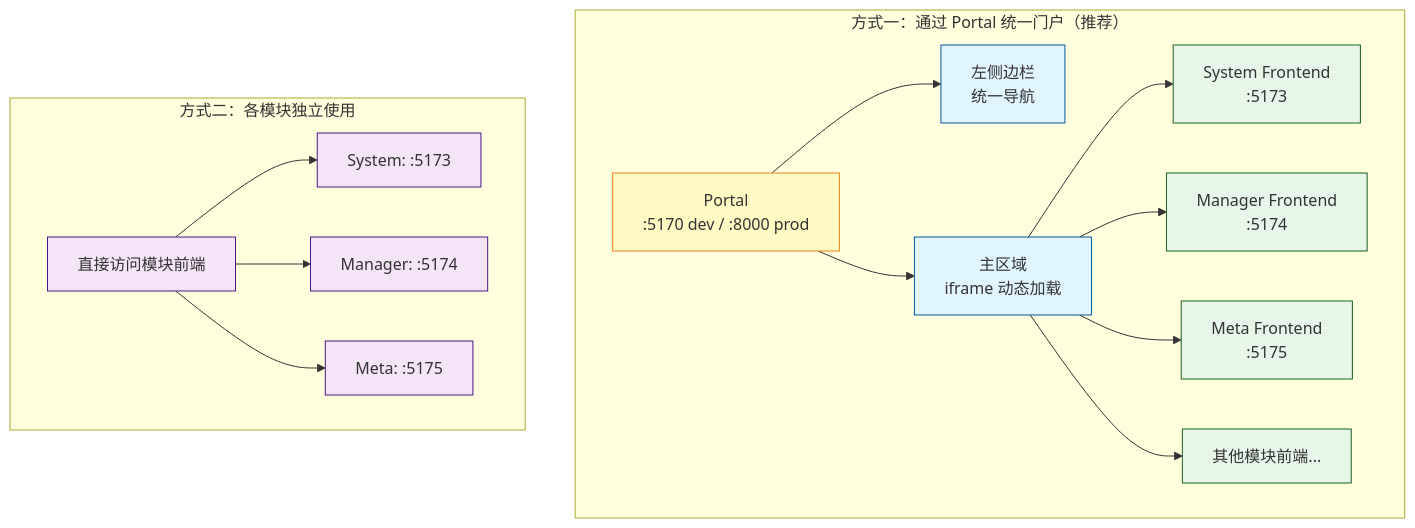
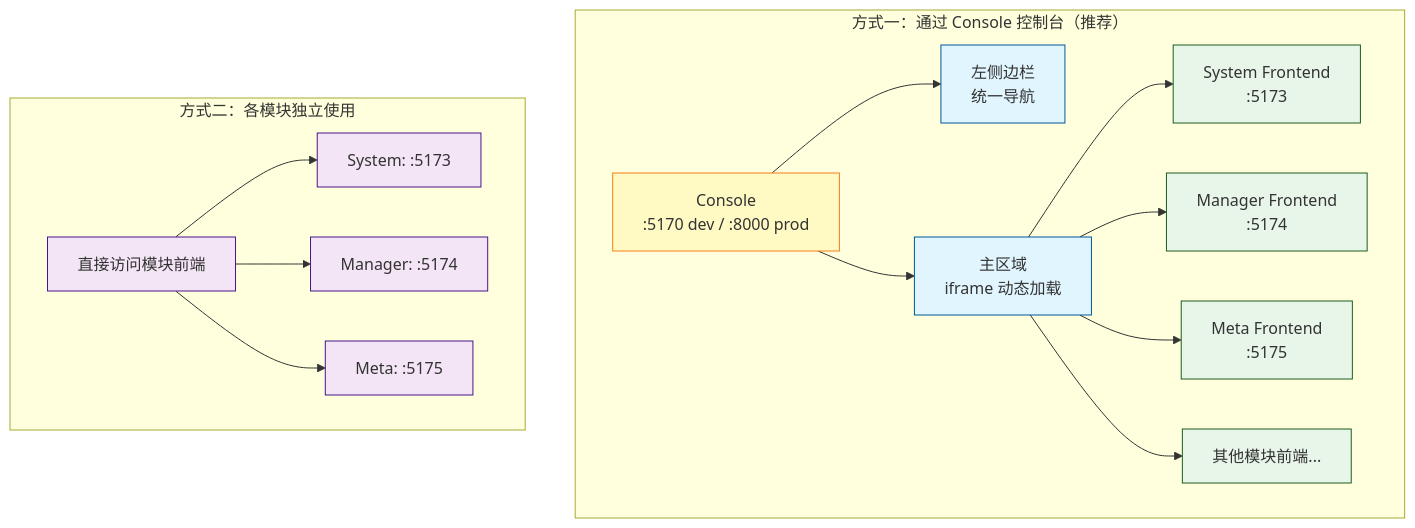
Before and after one commit to pampa0629/addp: the eighth of 12 diagrams in docs/addp模块架构图.md, drawn with Mermaid. The commit also changed other lines of this file and 253 other files, not shown here.

````diff
--- a/docs/addp模块架构图.md
+++ b/docs/addp模块架构图.md
@@ -551,32 +551,32 @@
 ```mermaid
 graph TB
-    subgraph "方式一：通过 Portal 统一门户（推荐）"
-        Portal[Portal<br/>:5170 dev / :8000 prod]
+    subgraph "方式一：通过 Console 控制台（推荐）"
+        Console[Console<br/>:5170 dev / :8000 prod]
 
-        Portal --> Sidebar[左侧边栏<br/>统一导航]
-        Portal --> IframeArea[主区域<br/>iframe 动态加载]
+        Console --> Sidebar[左侧边栏<br/>统一导航]
+        Console --> IframeArea[主区域<br/>iframe 动态加载]
 
         IframeArea --> SystemFE[System Frontend<br/>:5173]
         IframeArea --> ManagerFE[Manager Frontend<br/>:5174]
         IframeArea --> MetaFE[Meta Frontend<br/>:5175]
         IframeArea --> OtherFE[其他模块前端...]
     end
 
     subgraph "方式二：各模块独立使用"
         Standalone[直接访问模块前端]
 
         Standalone --> StandaloneSystem[System: :5173]
         Standalone --> StandaloneManager[Manager: :5174]
         Standalone --> StandaloneMeta[Meta: :5175]
     end
 
-    classDef portal fill:#fff9c4,stroke:#f57f17
+    classDef console fill:#fff9c4,stroke:#f57f17
     classDef component fill:#e1f5ff,stroke:#01579b
     classDef frontend fill:#e8f5e9,stroke:#1b5e20
     classDef standalone fill:#f3e5f5,stroke:#4a148c
 
-    class Portal portal
+    class Console console
     class Sidebar,IframeArea component
     class SystemFE,ManagerFE,MetaFE,OtherFE frontend
     class Standalone,StandaloneSystem,StandaloneManager,StandaloneMeta standalone
 ```
````
